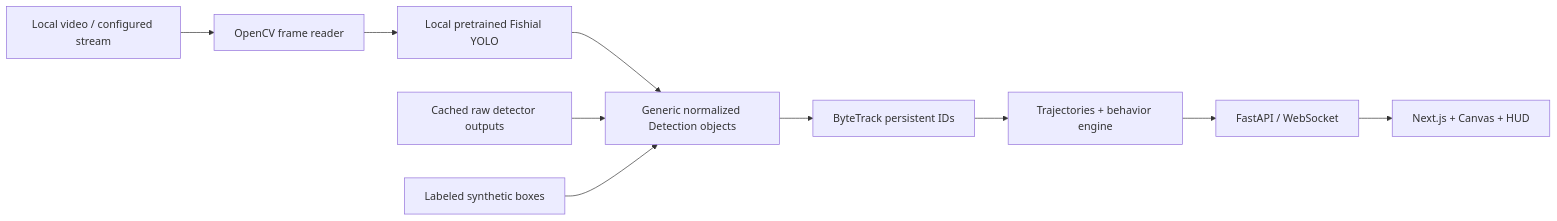
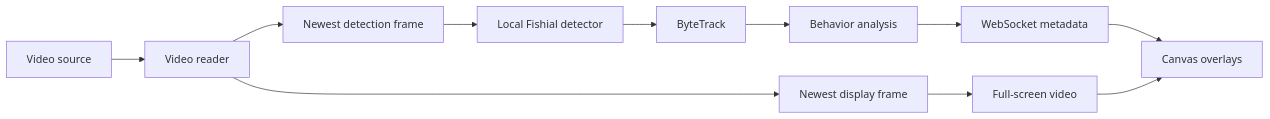
One commit to pbkx/frontiercascadia changed the diagram in README.md. Above: the diagram before and after it, drawn with Mermaid. The commit also changed other lines of this file and 18 other files, not shown here.

````diff
--- a/README.md
+++ b/README.md
@@ -42,12 +38,13 @@
 ```mermaid
 flowchart LR
-  A[Local video / configured stream] --> B[OpenCV frame reader]
-  B --> C[Local pretrained Fishial YOLO]
-  C --> D[Generic normalized Detection objects]
-  E[Cached raw detector outputs] --> D
-  F[Labeled synthetic boxes] --> D
-  D --> G[ByteTrack persistent IDs]
-  G --> H[Trajectories + behavior engine]
-  H --> I[FastAPI / WebSocket]
-  I --> J[Next.js + Canvas + HUD]
+  A[Video source] --> B[Video reader]
+  B --> C[Newest display frame]
+  B --> D[Newest detection frame]
+  D --> E[Local Fishial detector]
+  E --> F[ByteTrack]
+  F --> G[Behavior analysis]
+  G --> H[WebSocket metadata]
+  C --> I[Full-screen video]
+  H --> J[Canvas overlays]
+  I --> J
 ```
````
